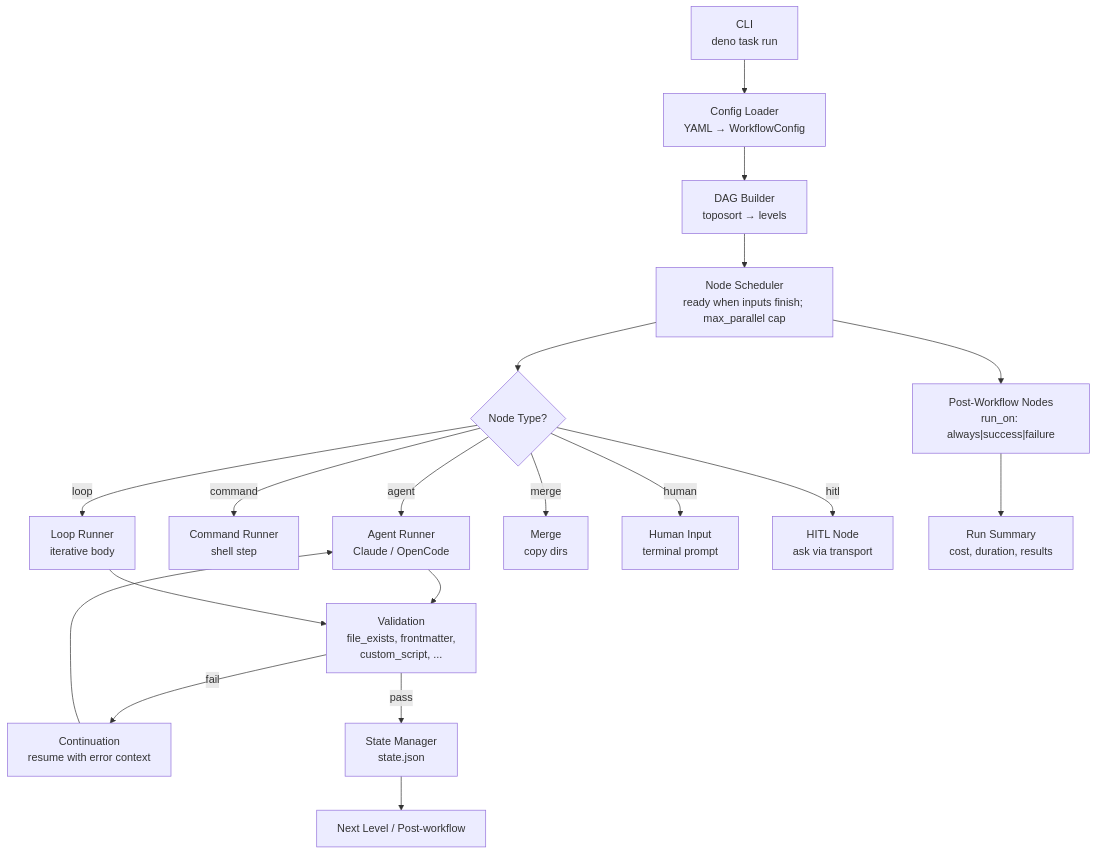
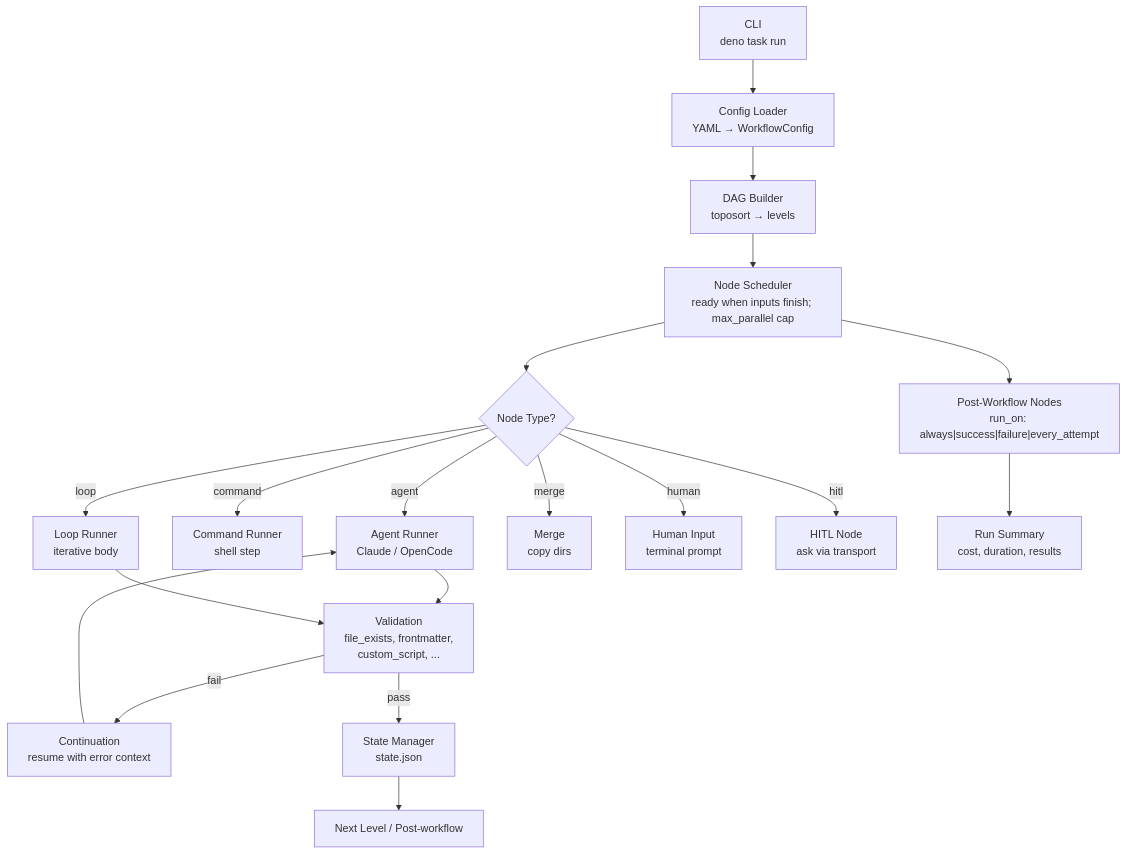
Before and after one commit to korchasa/auto-flow: the first of 2 diagrams in README.md, drawn with Mermaid. The commit also changed 35 other files, not shown here.

````diff
--- a/README.md
+++ b/README.md
@@ -125,24 +125,24 @@
 ```mermaid
 graph TD
     CLI["CLI<br/>deno task run"] --> ConfigLoader["Config Loader<br/>YAML → WorkflowConfig"]
     ConfigLoader --> DAG["DAG Builder<br/>toposort → levels"]
     DAG --> Executor["Node Scheduler<br/>ready when inputs finish; max_parallel cap"]
 
     Executor --> Dispatch{Node Type?}
     Dispatch -->|agent| Agent["Agent Runner<br/>Claude / OpenCode"]
     Dispatch -->|command| Command["Command Runner<br/>shell step"]
     Dispatch -->|loop| Loop["Loop Runner<br/>iterative body"]
     Dispatch -->|merge| Merge["Merge<br/>copy dirs"]
     Dispatch -->|human| Human["Human Input<br/>terminal prompt"]
     Dispatch -->|hitl| Hitl["HITL Node<br/>ask via transport"]
 
     Agent --> Validate["Validation<br/>file_exists, frontmatter,<br/>custom_script, ..."]
     Loop --> Validate
     Validate -->|fail| Continue["Continuation<br/>resume with error context"]
     Continue --> Agent
     Validate -->|pass| State["State Manager<br/>state.json"]
     State --> Next["Next Level / Post-workflow"]
 
-    Executor --> PostWorkflow["Post-Workflow Nodes<br/>run_on: always|success|failure"]
+    Executor --> PostWorkflow["Post-Workflow Nodes<br/>run_on: always|success|failure|every_attempt"]
     PostWorkflow --> Summary["Run Summary<br/>cost, duration, results"]
 ```
````
